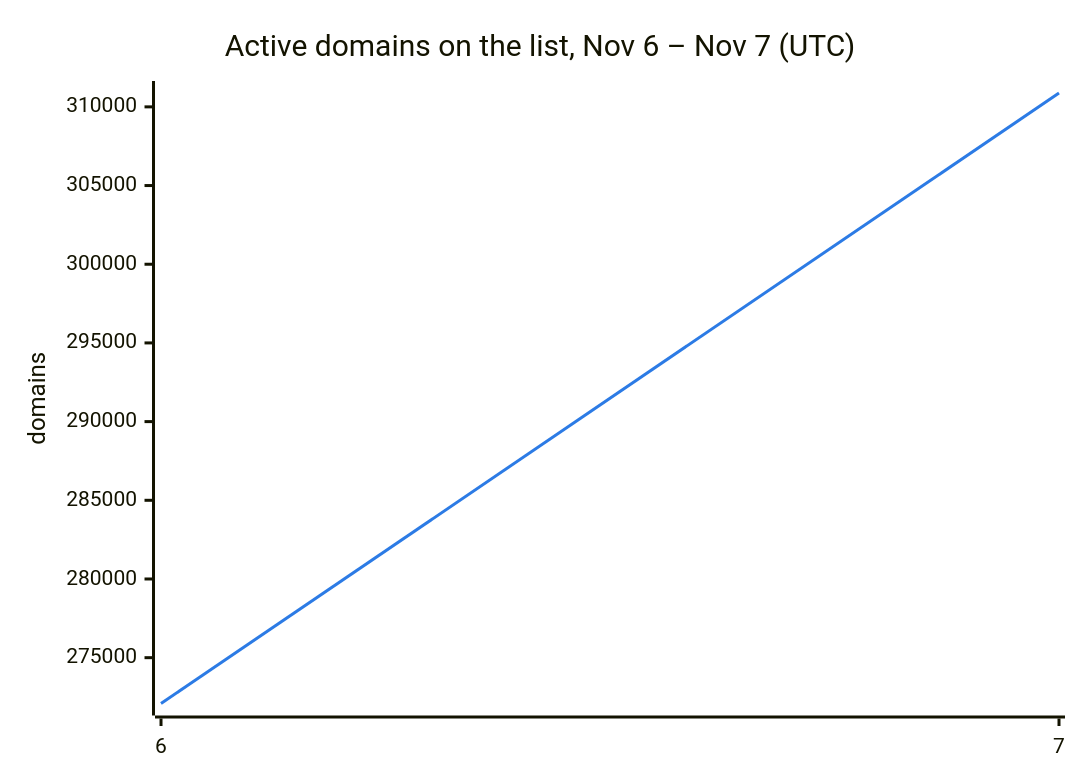
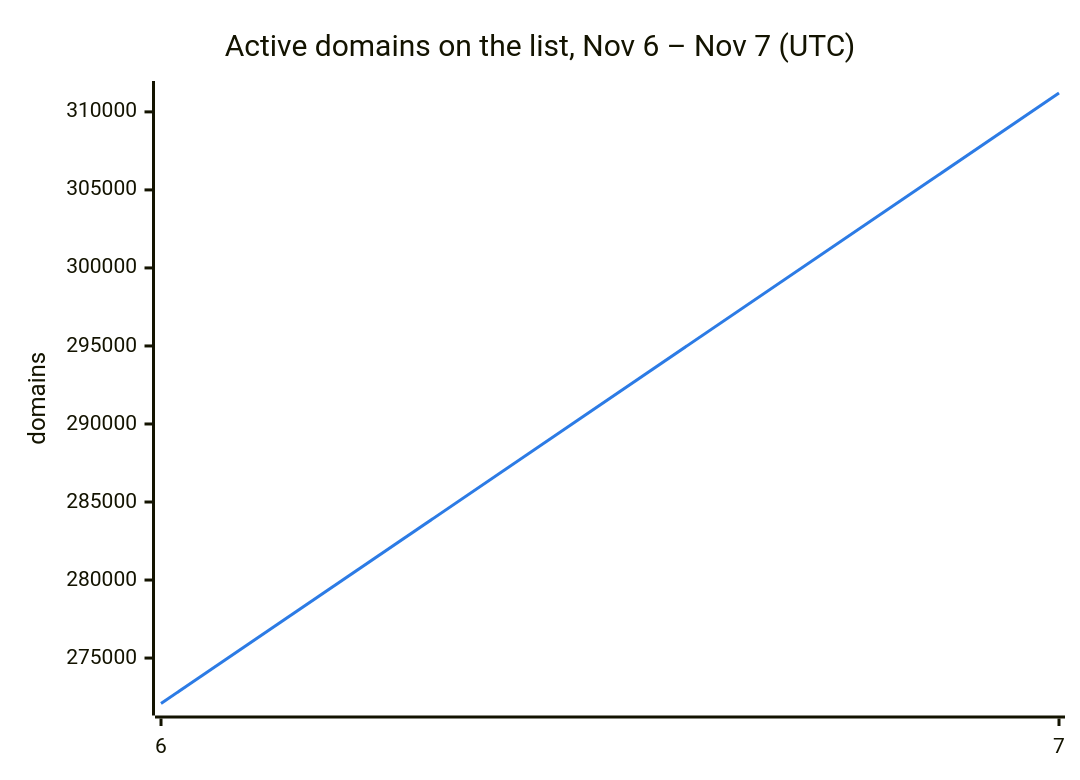
The second of 3 diagrams in README.md (DNSBunker/CTI), drawn with Mermaid before and after one commit. The commit also changed other lines of this file and 3 other files, not shown here.

````diff
--- a/README.md
+++ b/README.md
@@ -38,8 +38,8 @@
 ```mermaid
 %%{init: {"themeVariables": {"xyChart": {"plotColorPalette": "#2c7be5"}}}}%%
 xychart-beta
     title "Active domains on the list, Nov 6 – Nov 7 (UTC)"
     x-axis ["6", "7"]
     y-axis "domains"
-    line [272088, 310881]
+    line [272088, 311210]
 ```
````
